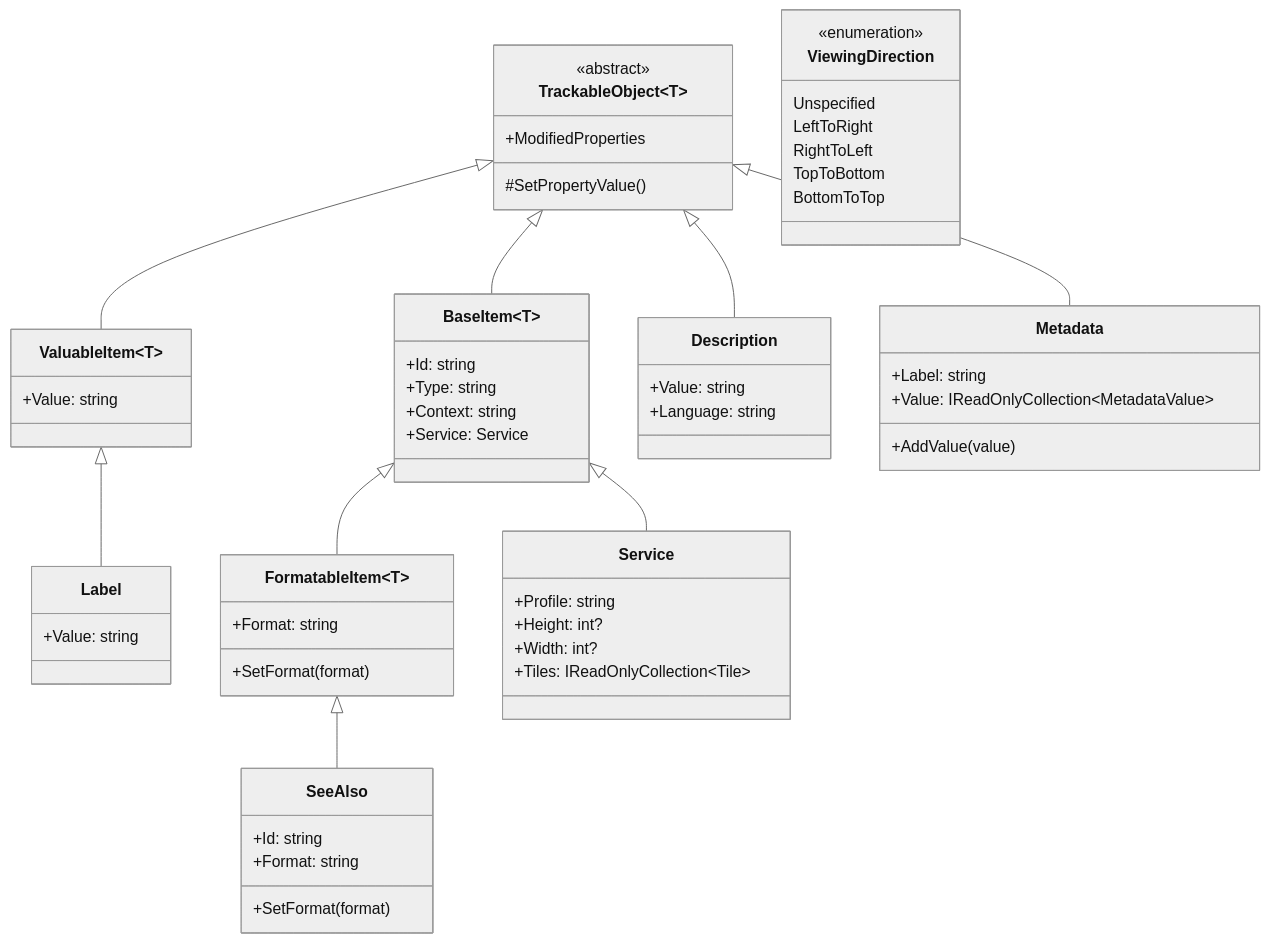
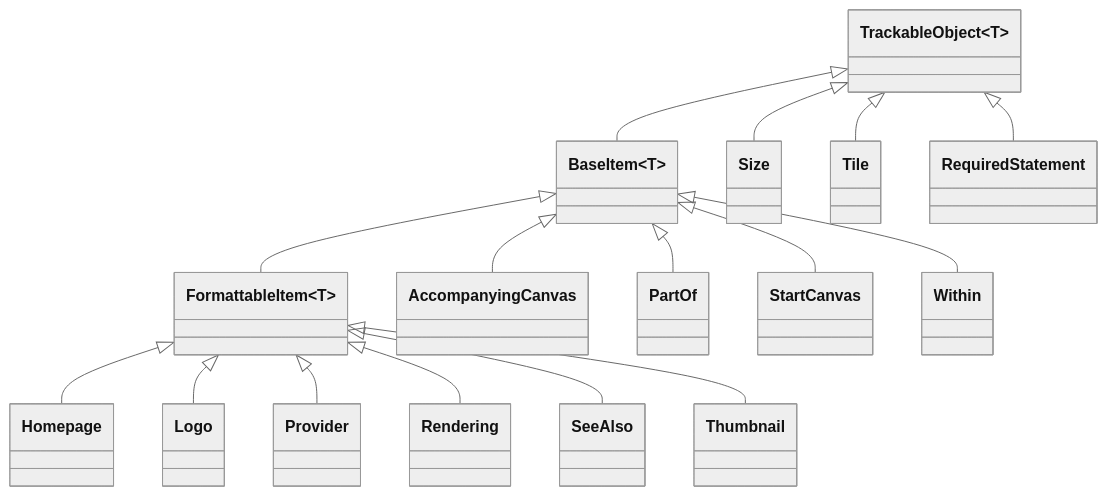
Before and after one commit to KiarashMinoo/IIIF.Manifest.Serializer.Net: the second of 2 diagrams in docs/Properties/README.md, drawn with Mermaid (neutral theme). The commit also changed other lines of this file and 70 other files, not shown here.

````diff
--- a/docs/Properties/README.md
+++ b/docs/Properties/README.md
@@ -126,70 +460,24 @@
 ```mermaid
 classDiagram
-    class TrackableObject~T~ {
-        <<abstract>>
-        +ModifiedProperties
-        #SetPropertyValue()
-    }
-    
-    class ValuableItem~T~ {
-        +Value: string
-    }
-    
-    class BaseItem~T~ {
-        +Id: string
-        +Type: string
-        +Context: string
-        +Service: Service
-    }
-    
-    class FormatableItem~T~ {
-        +Format: string
-        +SetFormat(format)
-    }
-    
-    class Label {
-        +Value: string
-    }
-    
-    class SeeAlso {
-        +Id: string
-        +Format: string
-        +SetFormat(format)
-    }
-    
-    class Description {
-        +Value: string
-        +Language: string
-    }
-    
-    class Metadata {
-        +Label: string
-        +Value: IReadOnlyCollection~MetadataValue~
-        +AddValue(value)
-    }
-    
-    class Service {
-        +Profile: string
-        +Height: int?
-        +Width: int?
-        +Tiles: IReadOnlyCollection~Tile~
-    }
-    
-    class ViewingDirection {
-        <<enumeration>>
-        Unspecified
-        LeftToRight
-        RightToLeft
-        TopToBottom
-        BottomToTop
-    }
-    
-    TrackableObject~T~ <|-- ValuableItem~T~
+    class TrackableObject~T~
+    class BaseItem~T~
+    class FormattableItem~T~
     TrackableObject~T~ <|-- BaseItem~T~
-    ValuableItem~T~ <|-- Label
-    BaseItem~T~ <|-- FormatableItem~T~
-    FormatableItem~T~ <|-- SeeAlso
-    TrackableObject~T~ <|-- Description
-    TrackableObject~T~ <|-- Metadata
-    BaseItem~T~ <|-- Service
+    BaseItem~T~ <|-- FormattableItem~T~
+
+    BaseItem~T~ <|-- AccompanyingCanvas
+    BaseItem~T~ <|-- PartOf
+    BaseItem~T~ <|-- StartCanvas
+    BaseItem~T~ <|-- Within
+
+    FormattableItem~T~ <|-- Homepage
+    FormattableItem~T~ <|-- Logo
+    FormattableItem~T~ <|-- Provider
+    FormattableItem~T~ <|-- Rendering
+    FormattableItem~T~ <|-- SeeAlso
+    FormattableItem~T~ <|-- Thumbnail
+
+    TrackableObject~T~ <|-- Size
+    TrackableObject~T~ <|-- Tile
+    TrackableObject~T~ <|-- RequiredStatement
 ```
````
